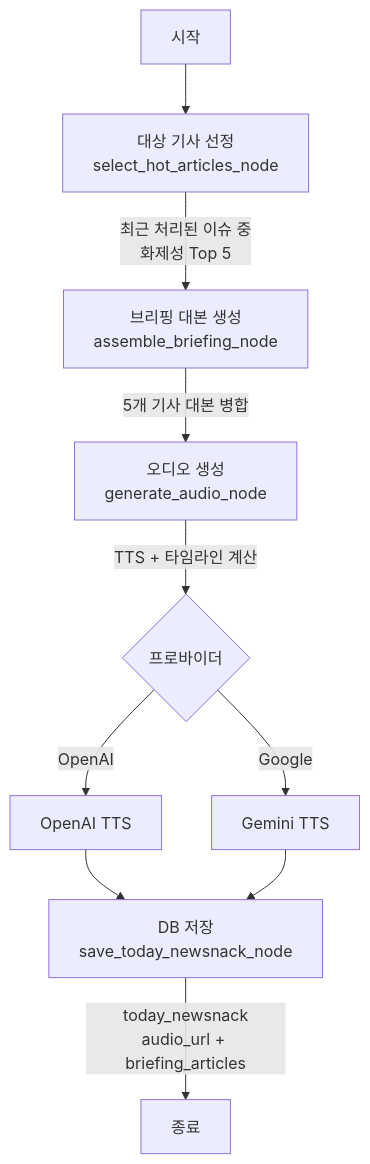
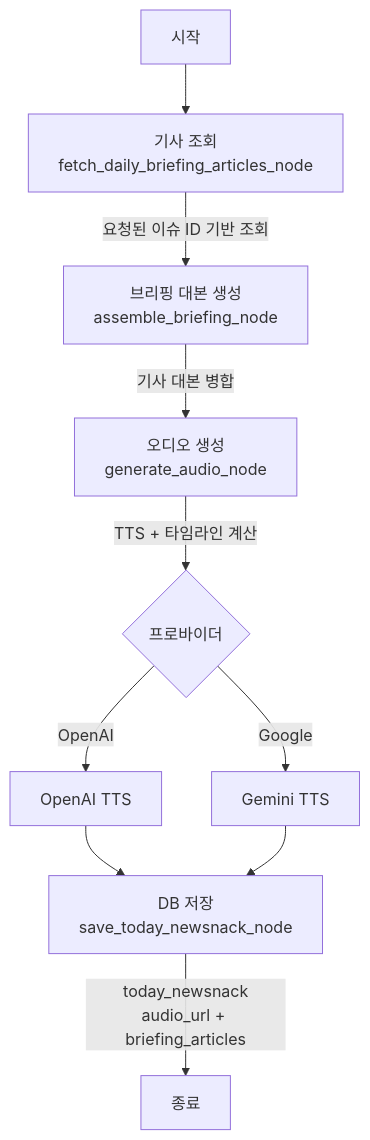
The third of 3 diagrams in README.md (team-leekim/newsnack-ai), drawn with Mermaid before and after one commit. The commit also changed other lines of this file, not shown here.

````diff
--- a/README.md
+++ b/README.md
@@ -102,15 +102,15 @@
 ```mermaid
 graph TD
-    Start[시작] --> Select[대상 기사 선정<br/>select_hot_articles_node]
-    Select --> |최근 처리된 이슈 중<br/>화제성 Top 5| Assemble[브리핑 대본 생성<br/>assemble_briefing_node]
-    Assemble --> |5개 기사 대본 병합| Audio[오디오 생성<br/>generate_audio_node]
+    Start[시작] --> Select[기사 조회<br/>fetch_daily_briefing_articles_node]
+    Select --> |요청된 이슈 ID 기반 조회| Assemble[브리핑 대본 생성<br/>assemble_briefing_node]
+    Assemble --> |기사 대본 병합| Audio[오디오 생성<br/>generate_audio_node]
     Audio --> |TTS + 타임라인 계산| AudioStrategy{프로바이더}
     
     AudioStrategy --> |OpenAI| OpenAITTS[OpenAI TTS]
     AudioStrategy --> |Google| GoogleTTS[Gemini TTS]
     
     OpenAITTS --> Save[DB 저장<br/>save_today_newsnack_node]
     GoogleTTS --> Save
     
     Save --> |today_newsnack<br/>audio_url + briefing_articles| End[종료]
 ```
````
